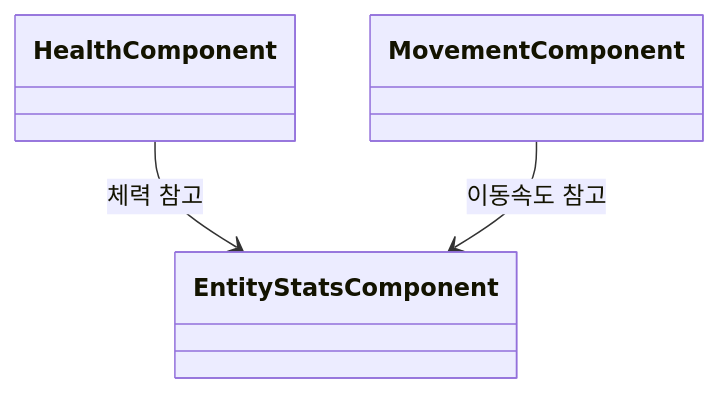
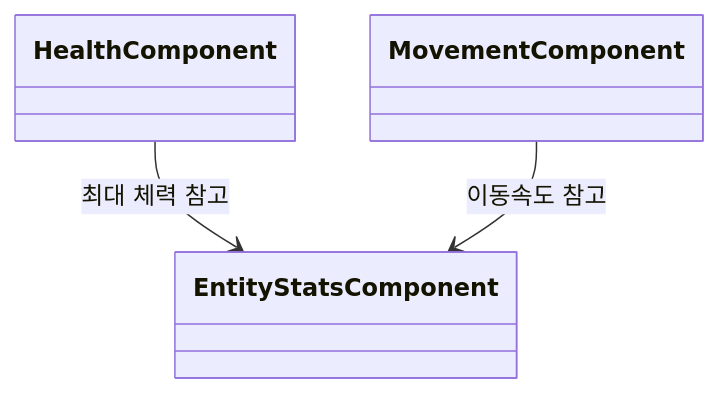
Before and after one commit to JIN5EOK/DungeonShooter: the fifth of 6 diagrams in Assets/_README/Entity_설계.md, drawn with Mermaid. The commit also changed other lines of this file, not shown here.

Commit message:
chore: Entity 설계문서 다듬기

````diff
--- a/Assets/_README/Entity_설계.md
+++ b/Assets/_README/Entity_설계.md
@@ -60,8 +64,8 @@
 ```mermaid
 classDiagram
     class EntityStatsComponent{
     }
 
-    HealthComponent --> EntityStatsComponent : 체력 참고
+    HealthComponent --> EntityStatsComponent : 최대 체력 참고
     MovementComponent --> EntityStatsComponent : 이동속도 참고
 ```
````
